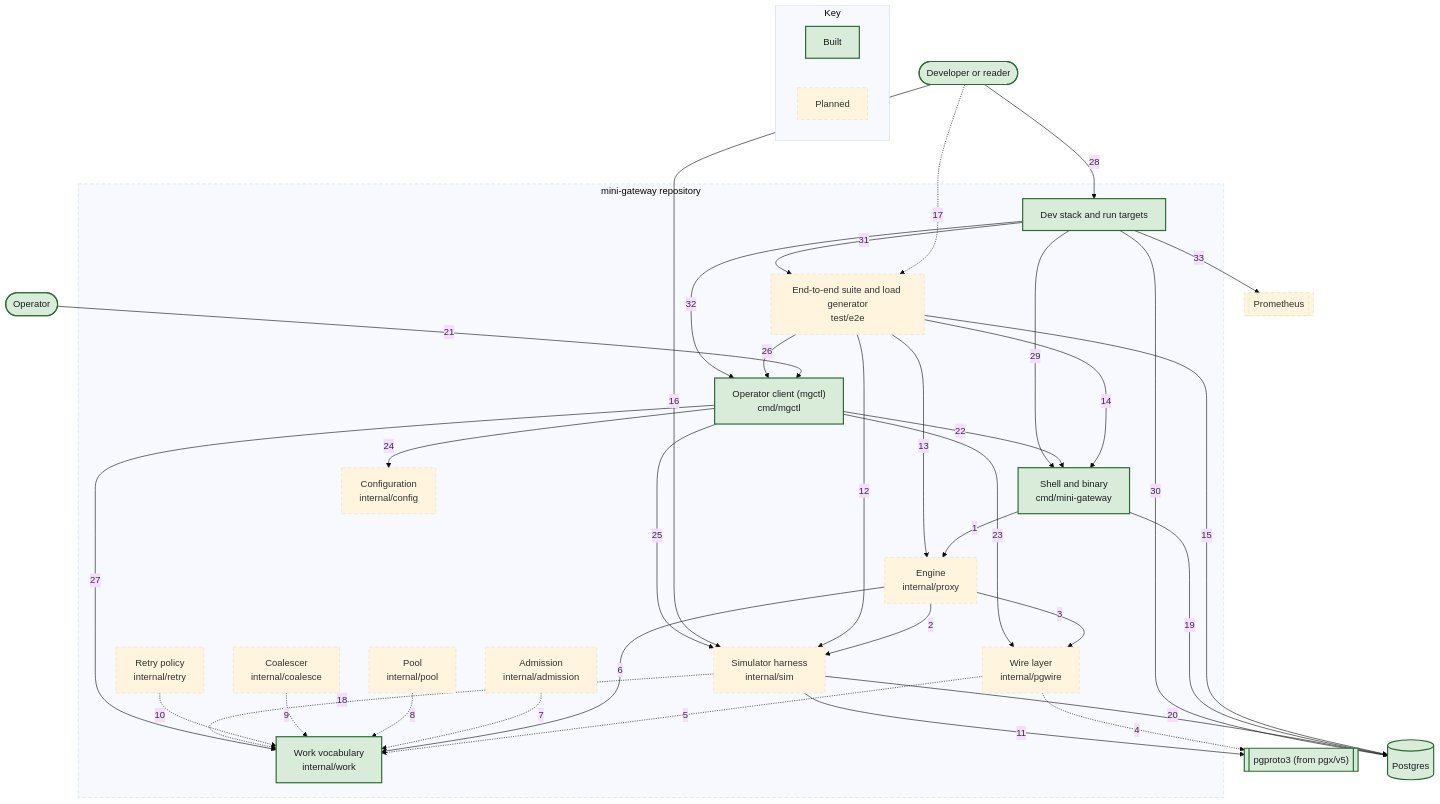
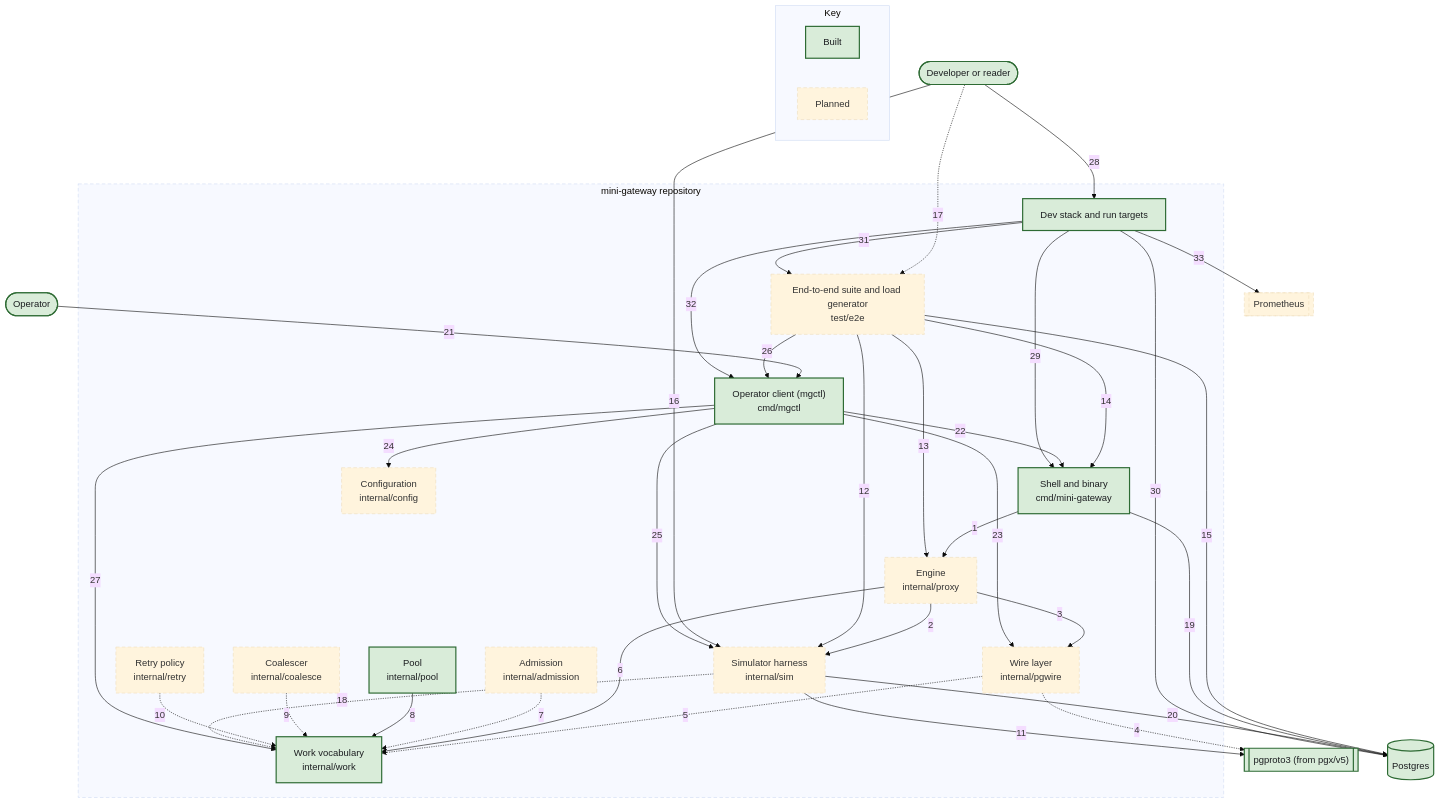
The diagram in docs/c4/diagrams/03-container-drivers-and-seams.mmd (nickstrad/mini-gateway), drawn with Mermaid (base theme) before and after one commit. The commit also changed 19 other files, not shown here.

First line of the commit message:
c4: mark chunk 7's pool built, draw its wiring, and say chunks 0–8 plainly

```diff
--- a/docs/c4/diagrams/03-container-drivers-and-seams.mmd
+++ b/docs/c4/diagrams/03-container-drivers-and-seams.mmd
@@ -1,61 +1,61 @@
 flowchart TB
   DEVELOPER(["Developer or reader"]):::built
   OPERATOR(["Operator"]):::built
   PGPROTO3[["pgproto3 (from pgx/v5)"]]:::built
   PG[("Postgres")]:::built
   PROM[["Prometheus"]]:::planned
   subgraph SCOPE["mini-gateway repository"]
     C_SIM["Simulator harness<br/>internal/sim"]:::planned
     C_E2E["End-to-end suite and load generator<br/>test/e2e"]:::planned
     C_MGCTL["Operator client (mgctl)<br/>cmd/mgctl"]:::built
     C_DEV["Dev stack and run targets"]:::built
     C_SHELL["Shell and binary<br/>cmd/mini-gateway"]:::built
     C_ENGINE["Engine<br/>internal/proxy"]:::planned
     C_PGWIRE["Wire layer<br/>internal/pgwire"]:::planned
     C_WORK["Work vocabulary<br/>internal/work"]:::built
     C_ADM["Admission<br/>internal/admission"]:::planned
-    C_POOL["Pool<br/>internal/pool"]:::planned
+    C_POOL["Pool<br/>internal/pool"]:::built
     C_COAL["Coalescer<br/>internal/coalesce"]:::planned
     C_RETRY["Retry policy<br/>internal/retry"]:::planned
     C_CONFIG["Configuration<br/>internal/config"]:::planned
   end
   C_SHELL -->|1| C_ENGINE
   C_ENGINE -->|2| C_SIM
   C_ENGINE -->|3| C_PGWIRE
   C_PGWIRE -.->|4| PGPROTO3
   C_PGWIRE -.->|5| C_WORK
   C_ENGINE -->|6| C_WORK
   C_ADM -.->|7| C_WORK
-  C_POOL -.->|8| C_WORK
+  C_POOL -->|8| C_WORK
   C_COAL -.->|9| C_WORK
   C_RETRY -.->|10| C_WORK
   C_SIM -->|11| PGPROTO3
   C_E2E -->|12| C_SIM
   C_E2E -->|13| C_ENGINE
   C_E2E -->|14| C_SHELL
   C_E2E -->|15| PG
   DEVELOPER -->|16| C_SIM
   DEVELOPER -.->|17| C_E2E
   C_SIM -.->|18| C_WORK
   C_SHELL -->|19| PG
   C_SIM -->|20| PG
   OPERATOR -->|21| C_MGCTL
   C_MGCTL -->|22| C_SHELL
   C_MGCTL -->|23| C_PGWIRE
   C_MGCTL -->|24| C_CONFIG
   C_MGCTL -->|25| C_SIM
   C_E2E -->|26| C_MGCTL
   C_MGCTL -->|27| C_WORK
   DEVELOPER -->|28| C_DEV
   C_DEV -->|29| C_SHELL
   C_DEV -->|30| PG
   C_DEV -->|31| C_E2E
   C_DEV -->|32| C_MGCTL
   C_DEV -->|33| PROM
   subgraph KEY["Key"]
     KEY_BUILT["Built"]:::built
     KEY_PLANNED["Planned"]:::planned
   end
   classDef built fill:#d9ecd9,stroke:#2e6b34,stroke-width:2px,color:#1c1e21
   classDef planned stroke-width:1px,stroke-dasharray:6 4
   style SCOPE stroke-dasharray:6 4
```
